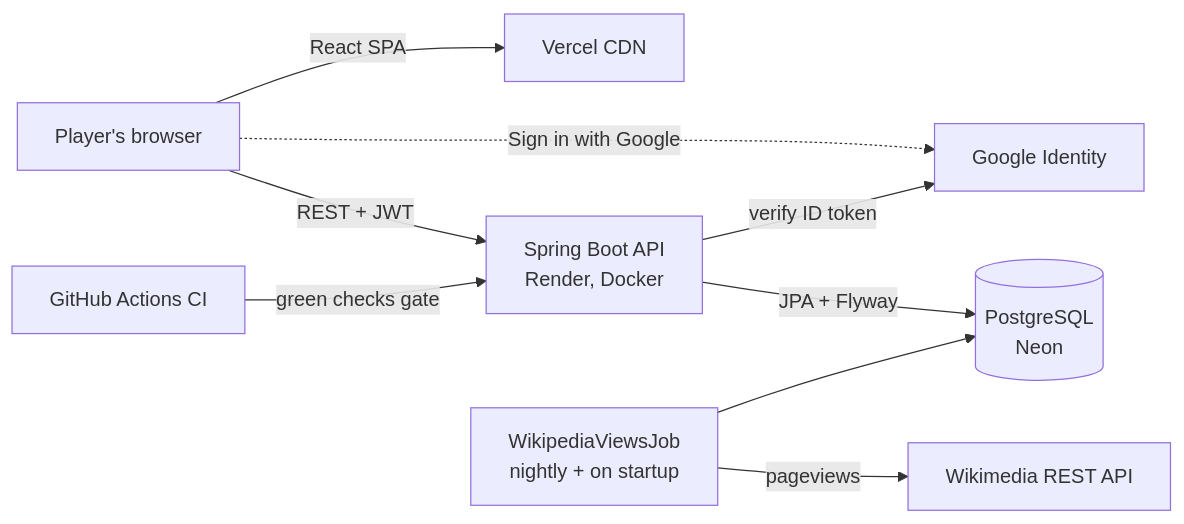
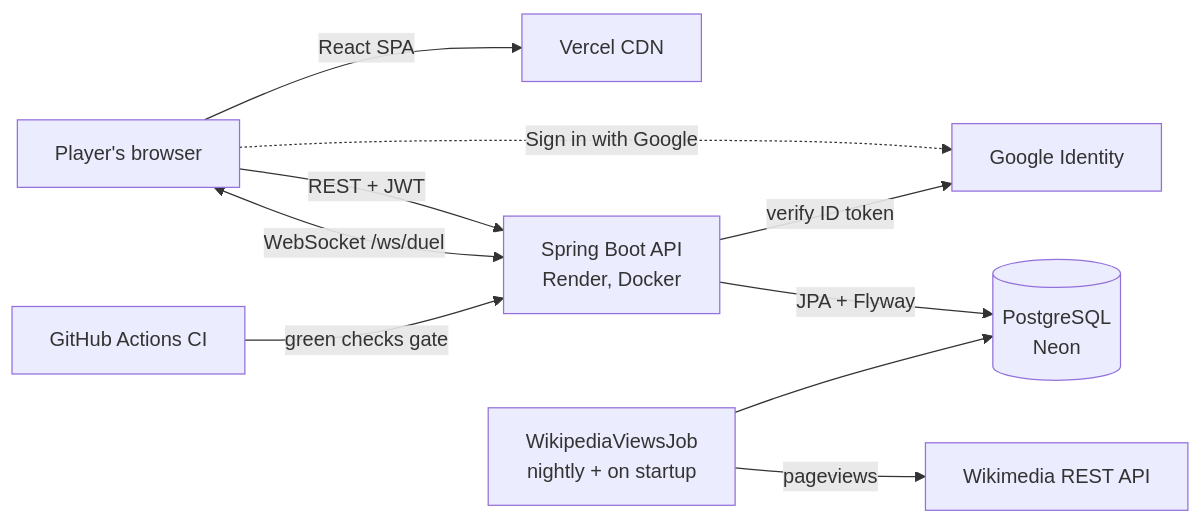
The diagram in README.md (1Dhairyak/searchwars-backend), drawn with Mermaid before and after one commit. The commit also changed other lines of this file and 13 other files, not shown here.

````diff
--- a/README.md
+++ b/README.md
@@ -12,11 +12,12 @@
 ```mermaid
 flowchart LR
     U[Player's browser] -->|React SPA| V[Vercel CDN]
     U -->|REST + JWT| R[Spring Boot API<br/>Render, Docker]
+    U <-->|WebSocket /ws/duel| R
     U -.->|Sign in with Google| G[Google Identity]
     R -->|verify ID token| G
     R -->|JPA + Flyway| N[(PostgreSQL<br/>Neon)]
     J[WikipediaViewsJob<br/>nightly + on startup] -->|pageviews| W[Wikimedia REST API]
     J --> N
     GH[GitHub Actions CI] -->|green checks gate| R
 ```
````
